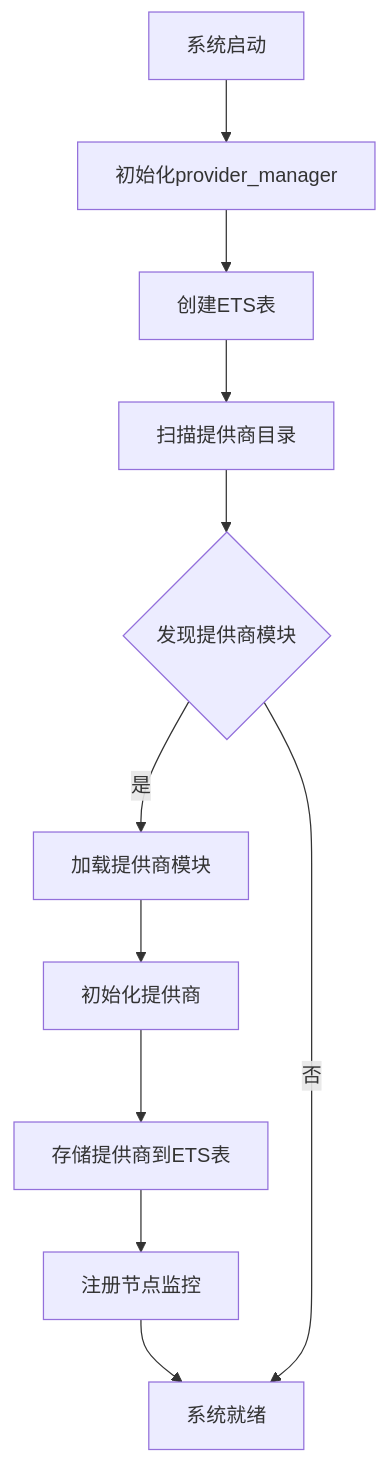
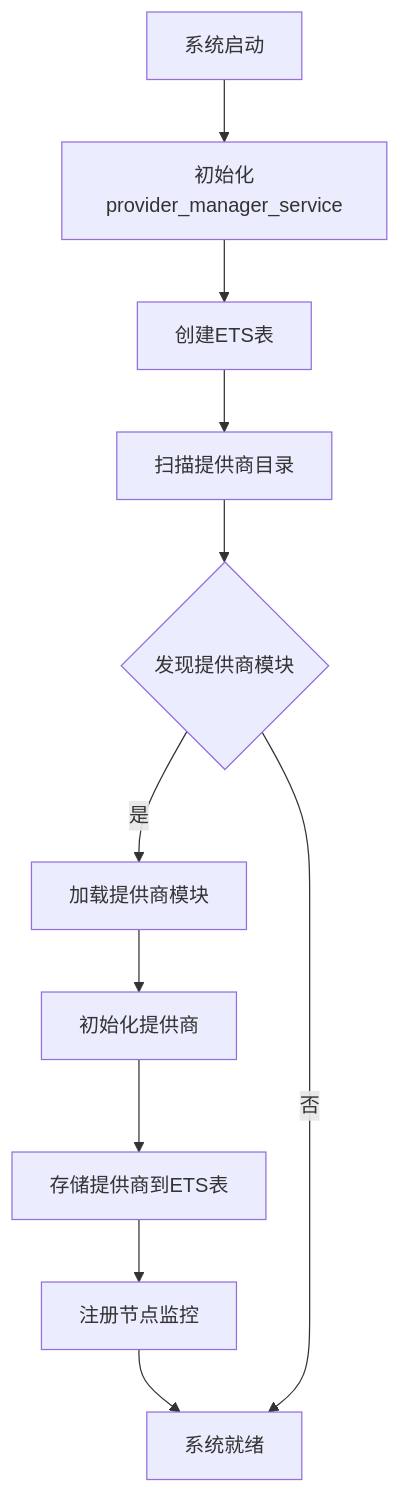
Before and after one commit to gch8537445/ExternalTransService_erlang: the second of 6 diagrams in 企业网约车后台服务分析.md, drawn with Mermaid. The commit also changed other lines of this file and 5 other files, not shown here.

Commit message:
provider_manager ---> provider_manager_service

````diff
--- a/企业网约车后台服务分析.md
+++ b/企业网约车后台服务分析.md
@@ -112,13 +112,13 @@
 ```mermaid
 flowchart TD
-    A[系统启动] --> B[初始化provider_manager]
+    A[系统启动] --> B[初始化provider_manager_service]
     B --> C[创建ETS表]
     C --> D[扫描提供商目录]
     D --> E{发现提供商模块}
     E -- 是 --> F[加载提供商模块]
     F --> G[初始化提供商]
     G --> H[存储提供商到ETS表]
     H --> I[注册节点监控]
     I --> J[系统就绪]
     E -- 否 --> J
 ```
````
